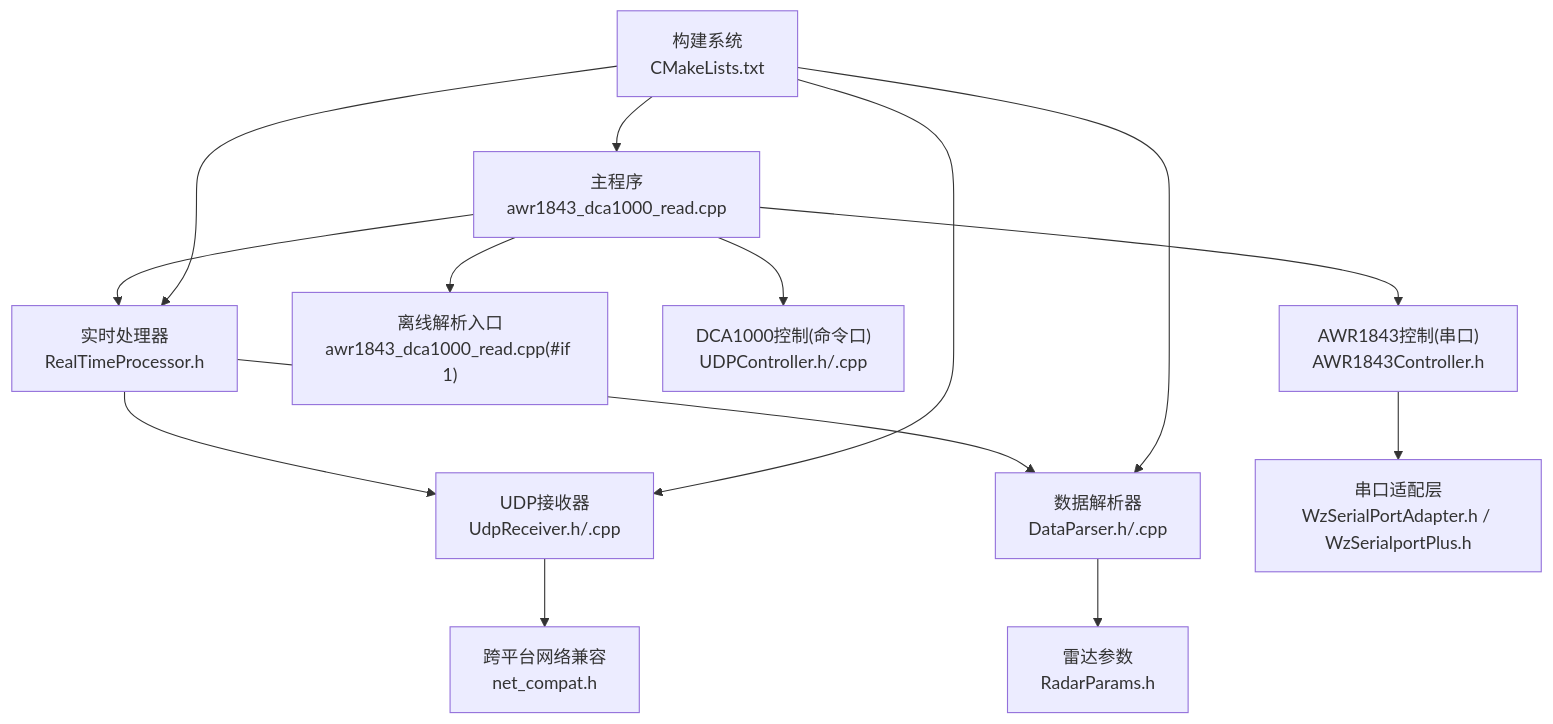
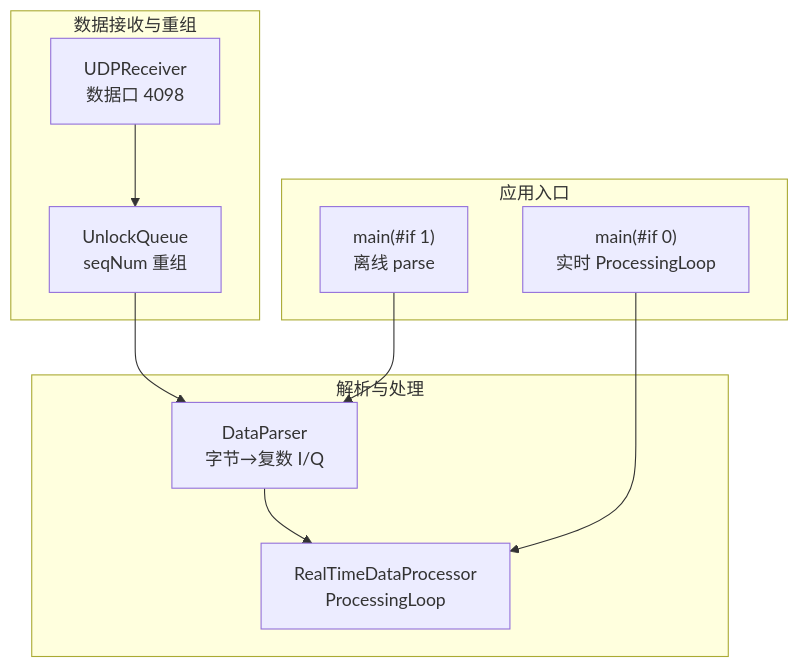
The first of 5 diagrams in .qoder/repowiki/zh/content/数据处理流程扩展开发指南.md (Lukad77/awr1843-radar-toolkit), drawn with Mermaid before and after one commit. The commit also changed other lines of this file and 106 other files, not shown here.

````diff
--- a/.qoder/repowiki/zh/content/数据处理流程扩展开发指南.md
+++ b/.qoder/repowiki/zh/content/数据处理流程扩展开发指南.md
@@ -42,16 +50,18 @@
 ```mermaid
 graph TB
-A["主程序<br/>awr1843_dca1000_read.cpp"] --> B["实时处理器<br/>RealTimeProcessor.h"]
-A --> C["离线解析入口<br/>awr1843_dca1000_read.cpp(#if 1)"]
-B --> D["UDP接收器<br/>UdpReceiver.h/.cpp"]
-B --> E["数据解析器<br/>DataParser.h/.cpp"]
-E --> F["雷达参数<br/>RadarParams.h"]
-A --> G["DCA1000控制(命令口)<br/>UDPController.h/.cpp"]
-A --> H["AWR1843控制(串口)<br/>AWR1843Controller.h"]
-H --> I["串口适配层<br/>WzSerialPortAdapter.h / WzSerialportPlus.h"]
-D --> J["跨平台网络兼容<br/>net_compat.h"]
-K["构建系统<br/>CMakeLists.txt"] --> A
-K --> B
-K --> D
-K --> E
+subgraph "数据接收与重组"
+UDP["UDPReceiver<br/>数据口 4098"]
+Queue["UnlockQueue<br/>seqNum 重组"]
+end
+subgraph "解析与处理"
+Parser["DataParser<br/>字节→复数 I/Q"]
+RTProc["RealTimeDataProcessor<br/>ProcessingLoop"]
+end
+subgraph "应用入口"
+MainOff["main(#if 1)<br/>离线 parse"]
+MainRT["main(#if 0)<br/>实时 ProcessingLoop"]
+end
+UDP --> Queue --> Parser --> RTProc
+MainOff --> Parser
+MainRT --> RTProc
 ```
````
